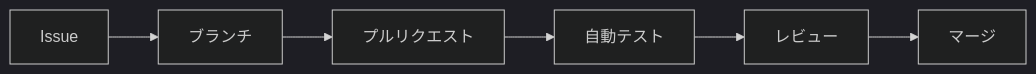
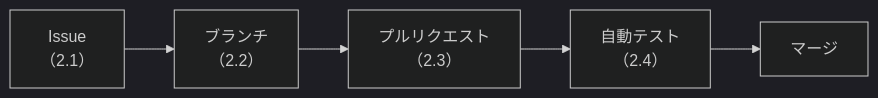
One commit to xclang-brain/document changed the diagram in svn-to-github-migration/docs/02-merits.md. Above: the diagram before and after it, drawn with Mermaid (dark theme). The commit also changed other lines of this file and 1 other file, not shown here.

````diff
--- a/svn-to-github-migration/docs/02-merits.md
+++ b/svn-to-github-migration/docs/02-merits.md
@@ -45,4 +14,4 @@
 ```mermaid
 flowchart LR
-    A["Issue"] --> B["ブランチ"] --> D["プルリクエスト"] --> E["自動テスト"] --> F["レビュー"] --> G["マージ"]
+    A["Issue<br/>（2.1）"] --> B["ブランチ<br/>（2.2）"] --> C["プルリクエスト<br/>（2.3）"] --> D["自動テスト<br/>（2.4）"] --> E["マージ"]
 ```
````
